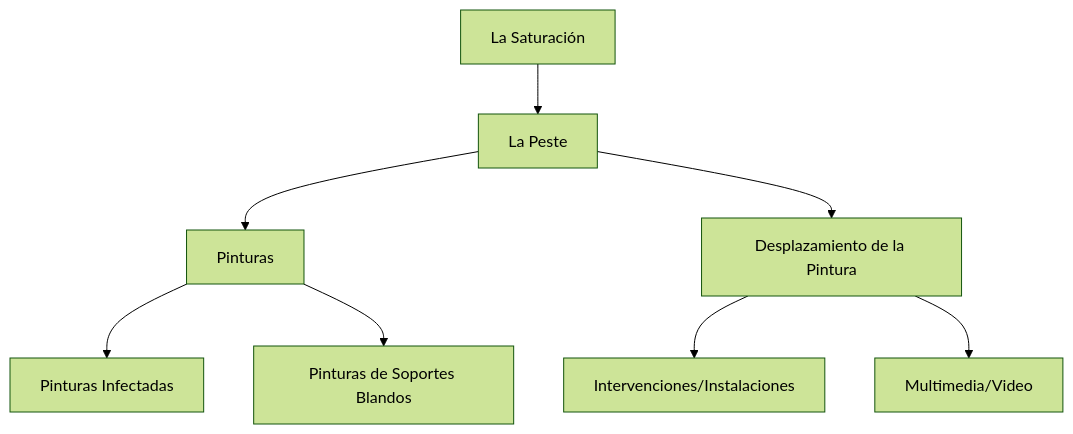
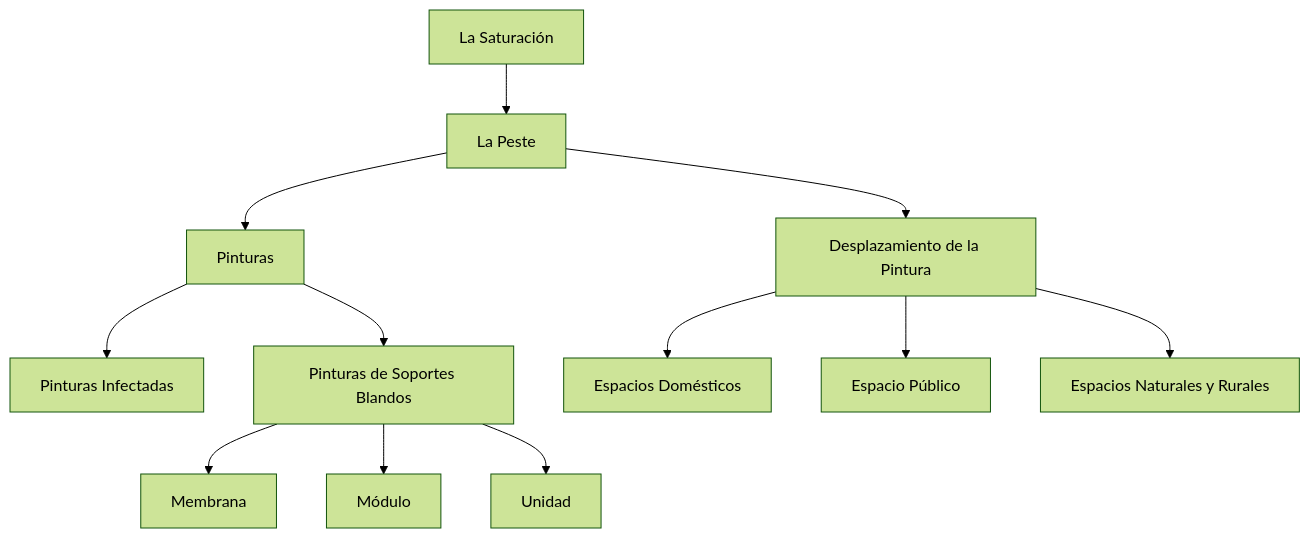
One commit to EGGS-Artesvisuales/EGGS-Artesvisuales.github.io changed the diagram in ES/la-peste.md. Above: the diagram before and after it, drawn with Mermaid (forest theme).

```diff
--- a/ES/la-peste.md
+++ b/ES/la-peste.md
@@ -35,22 +35,30 @@
 <div class="mermaid">
 
 
-
-  graph TD
+graph TD
   A[La Saturación] --> B[La Peste]
   B --> C[Pinturas]
   C --> D[Pinturas Infectadas]
   C --> E[Pinturas de Soportes Blandos]
+  E --> E1[Membrana]
+  E --> E2[Módulo]
+  E --> E3[Unidad]
   B --> F[Desplazamiento de la Pintura]
-  F --> G[Intervenciones/Instalaciones]
-  F --> H[Multimedia/Video]
+  F --> G[Espacios Domésticos]
+  F --> H[Espacio Público]
+  F --> I[Espacios Naturales y Rurales]
 
   click A "/la-saturacion.html" "Ir a La Saturación"
   click B "/la-peste.html" "Ir a La Peste"
   click C "/pinturas.html" "Ir a Pinturas"
   click D "/pinturas-infectadas.html" "Ir a Pinturas Infectadas"
   click E "/soportes-blandos.html" "Ir a Pinturas de Soportes Blandos"
+  click E1 "/membrana.html" "Ir a Membrana"
+  click E2 "/modulo.html" "Ir a Módulo"
+  click E3 "/unidad.html" "Ir a Unidad"
   click F "/desplazamiento-pintura.html" "Ir a Desplazamiento de la Pintura"
-  click G "/intervenciones-instalaciones.html" "Ir a Intervenciones/Instalaciones"
-  click H "/multimedia-video.html" "Ir a Multimedia/Video"
+  click G "/espacios-domesticos.html" "Ir a Espacios Domésticos"
+  click H "/espacio-publico.html" "Ir a Espacio Público"
+  click I "/espacios-naturales-rurales.html" "Ir a Espacios Naturales y Rurales"
+
 </div>
```
